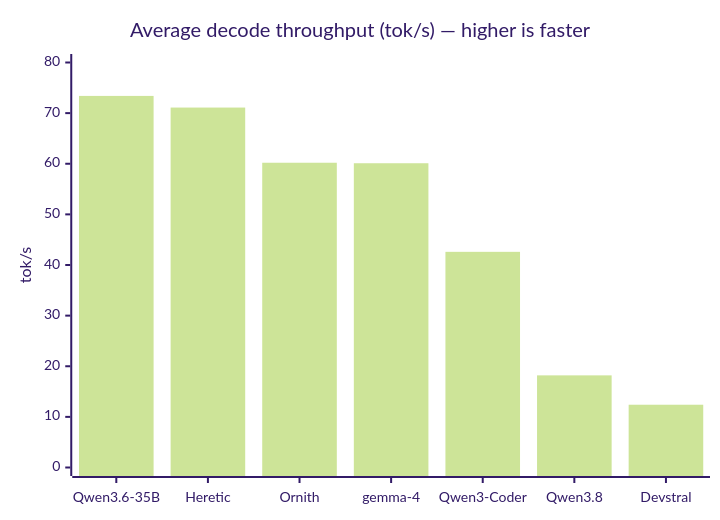
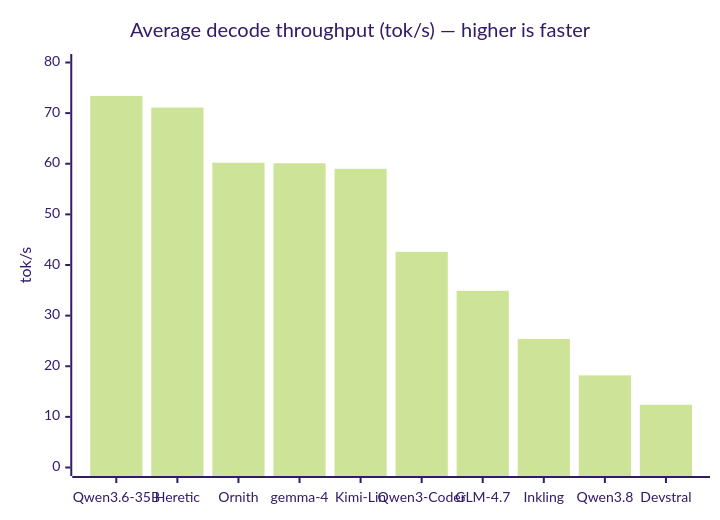
One commit to mahirfatih/omlx-m1-max-benchmark changed the first of 4 diagrams in README.md. Above: the diagram before and after it, drawn with Mermaid (forest theme). The commit also changed other lines of this file and 56 other files, not shown here.

````diff
--- a/README.md
+++ b/README.md
@@ -136,7 +146,7 @@
 ```mermaid
 xychart-beta
     title "Average decode throughput (tok/s) — higher is faster"
-    x-axis ["Qwen3.6-35B", "Heretic", "Ornith", "gemma-4", "Qwen3-Coder", "Qwen3.8", "Devstral"]
+    x-axis ["Qwen3.6-35B", "Heretic", "Ornith", "gemma-4", "Kimi-Lin", "Qwen3-Coder", "GLM-4.7", "Inkling", "Qwen3.8", "Devstral"]
     y-axis "tok/s" 0 --> 80
-    bar [73.4, 71.1, 60.2, 60.1, 42.6, 18.2, 12.4]
+    bar [73.4, 71.1, 60.2, 60.1, 59.0, 42.6, 34.9, 25.4, 18.2, 12.4]
 ```
````
